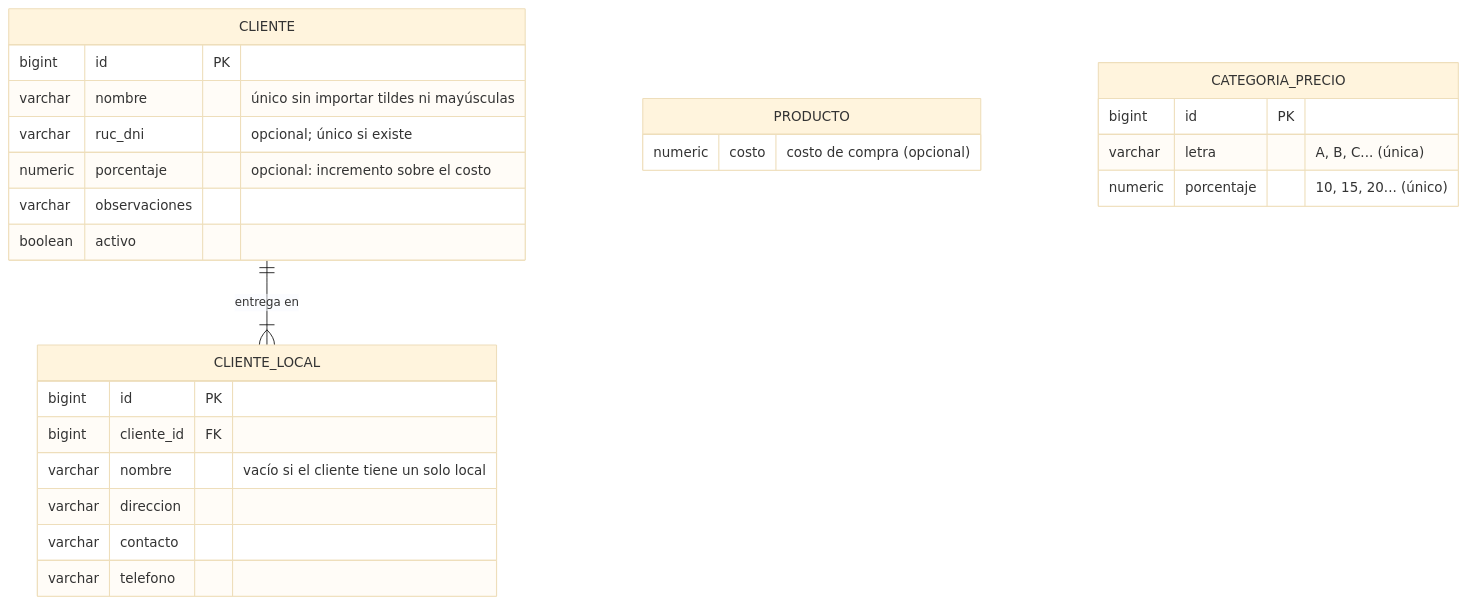
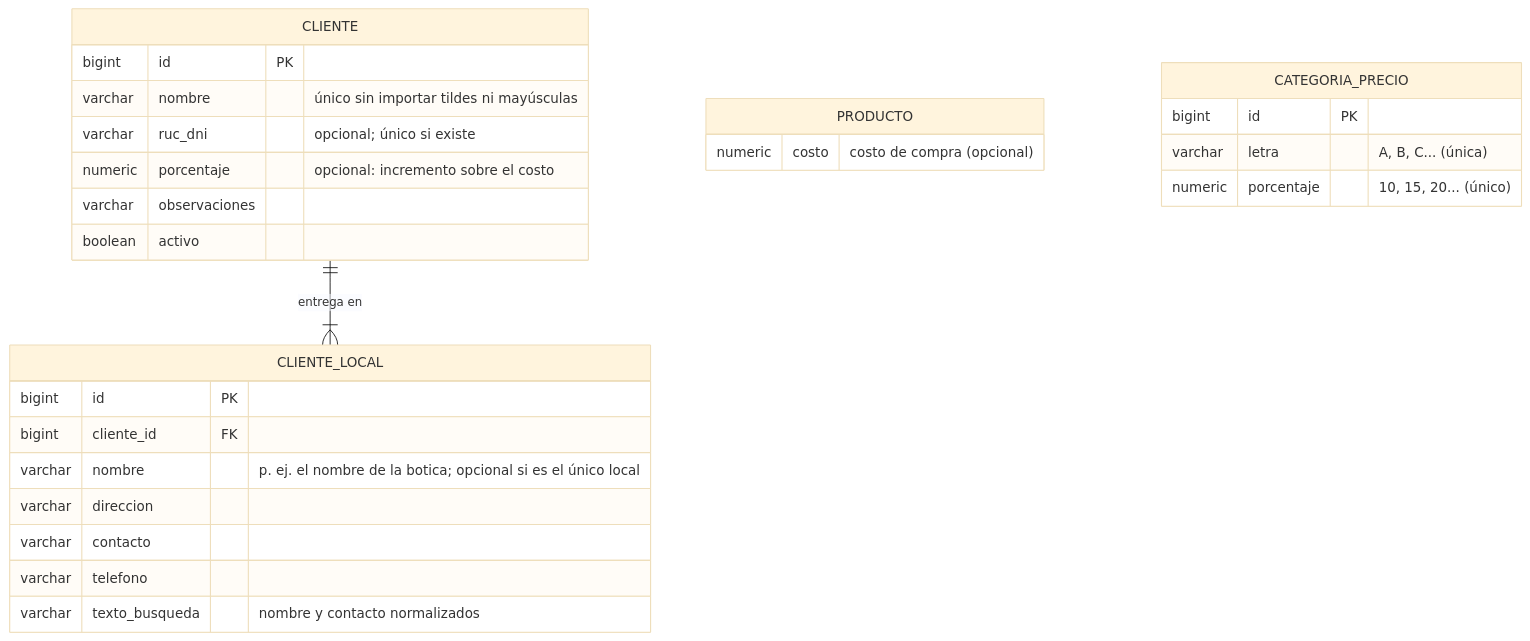
Before and after one commit to EvaMoreno11/gestion-insumos-medicos: the third of 6 diagrams in docs/modelo-datos.md, drawn with Mermaid (base theme). The commit also changed other lines of this file and 12 other files, not shown here.

First line of the commit message:
feat: buscar clientes por el nombre del local (botica) o el contacto

````diff
--- a/docs/modelo-datos.md
+++ b/docs/modelo-datos.md
@@ -102,28 +102,29 @@
 ```mermaid
 erDiagram
     CLIENTE ||--|{ CLIENTE_LOCAL : "entrega en"
     PRODUCTO {
         numeric costo "costo de compra (opcional)"
     }
     CATEGORIA_PRECIO {
         bigint id PK
         varchar letra "A, B, C... (única)"
         numeric porcentaje "10, 15, 20... (único)"
     }
     CLIENTE {
         bigint id PK
         varchar nombre "único sin importar tildes ni mayúsculas"
         varchar ruc_dni "opcional; único si existe"
         numeric porcentaje "opcional: incremento sobre el costo"
         varchar observaciones
         boolean activo
     }
     CLIENTE_LOCAL {
         bigint id PK
         bigint cliente_id FK
-        varchar nombre "vacío si el cliente tiene un solo local"
+        varchar nombre "p. ej. el nombre de la botica; opcional si es el único local"
         varchar direccion
         varchar contacto
         varchar telefono
+        varchar texto_busqueda "nombre y contacto normalizados"
     }
 ```
````
